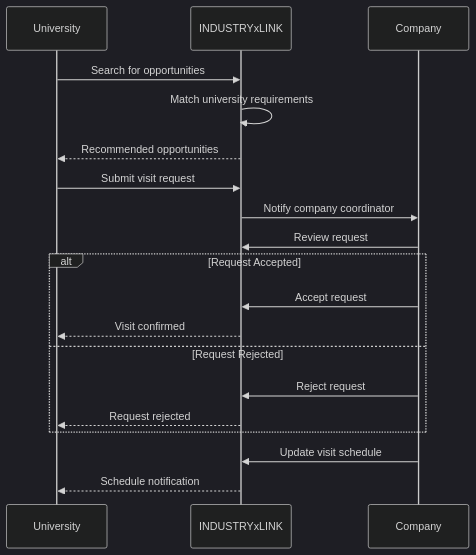
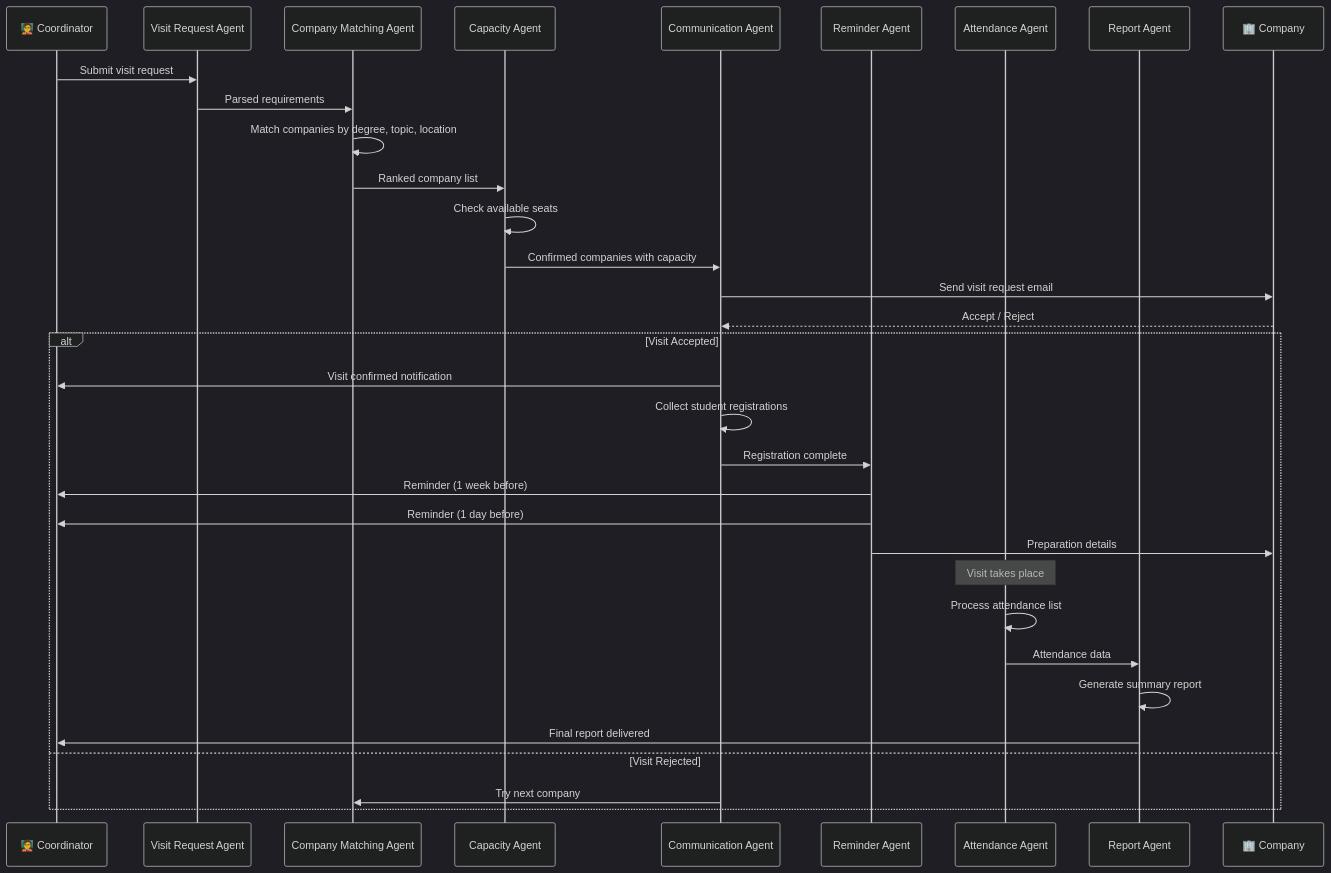
One commit to WijAnushka02/INDUSTRYxlink changed the third of 4 diagrams in README.md. Above: the diagram before and after it, drawn with Mermaid (dark theme). The commit also changed other lines of this file, not shown here.

Commit message:
docs: update README with multi-agent architecture

````diff
--- a/README.md
+++ b/README.md
@@ -308,27 +202,44 @@
 ```mermaid
 sequenceDiagram
+    participant Coord as 🧑‍🏫 Coordinator
+    participant VRA as Visit Request Agent
+    participant CMA as Company Matching Agent
+    participant CA as Capacity Agent
+    participant COMA as Communication Agent
+    participant RA as Reminder Agent
+    participant AA as Attendance Agent
+    participant REPA as Report Agent
+    participant Company as 🏢 Company
 
-    participant U as University
-    participant S as INDUSTRYxLINK
-    participant C as Company
+    Coord->>VRA: Submit visit request
+    VRA->>CMA: Parsed requirements
 
-    U->>S: Search for opportunities
-    S->>S: Match university requirements
-    S-->>U: Recommended opportunities
+    CMA->>CMA: Match companies by degree, topic, location
+    CMA->>CA: Ranked company list
 
-    U->>S: Submit visit request
-    S->>C: Notify company coordinator
+    CA->>CA: Check available seats
+    CA->>COMA: Confirmed companies with capacity
 
-    C->>S: Review request
+    COMA->>Company: Send visit request email
+    Company-->>COMA: Accept / Reject
 
-    alt Request Accepted
-        C->>S: Accept request
-        S-->>U: Visit confirmed
-    else Request Rejected
-        C->>S: Reject request
-        S-->>U: Request rejected
+    alt Visit Accepted
+        COMA->>Coord: Visit confirmed notification
+        COMA->>COMA: Collect student registrations
+        COMA->>RA: Registration complete
+
+        RA->>Coord: Reminder (1 week before)
+        RA->>Coord: Reminder (1 day before)
+        RA->>Company: Preparation details
+
+        Note over AA: Visit takes place
+
+        AA->>AA: Process attendance list
+        AA->>REPA: Attendance data
+
+        REPA->>REPA: Generate summary report
+        REPA->>Coord: Final report delivered
+    else Visit Rejected
+        COMA->>CMA: Try next company
     end
-
-    C->>S: Update visit schedule
-    S-->>U: Schedule notification
 ```
````
